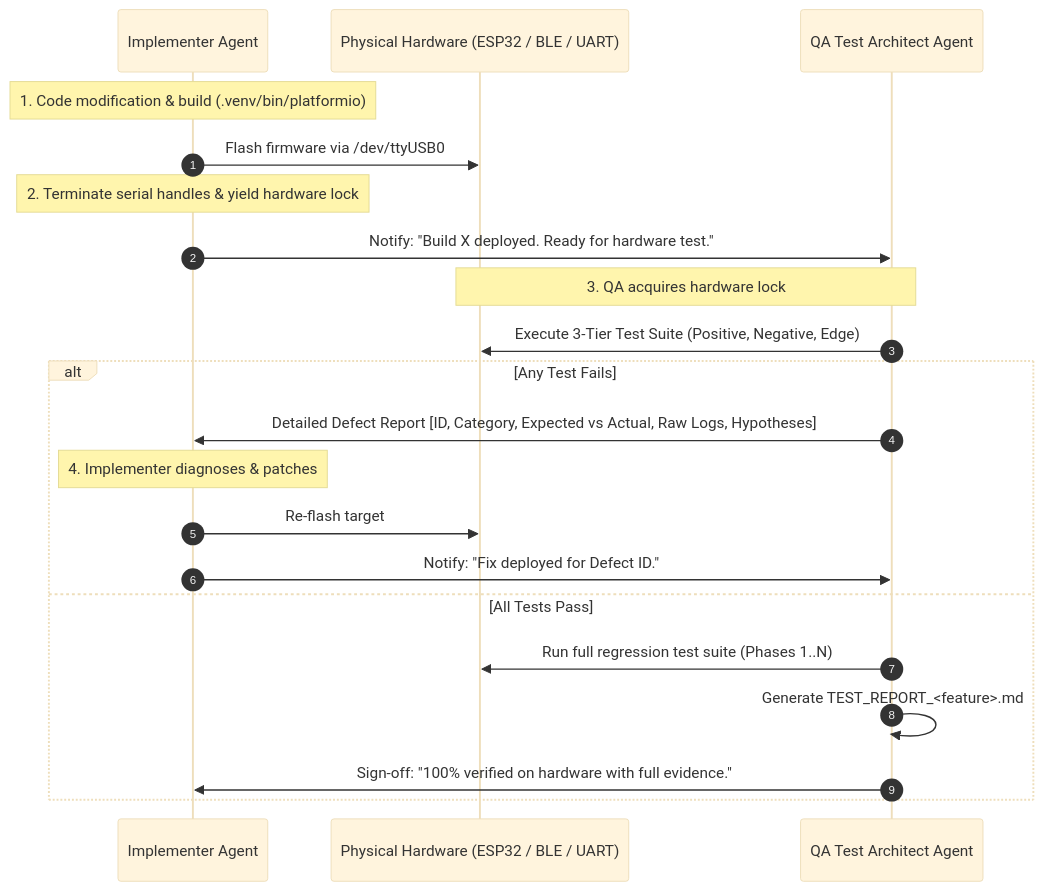
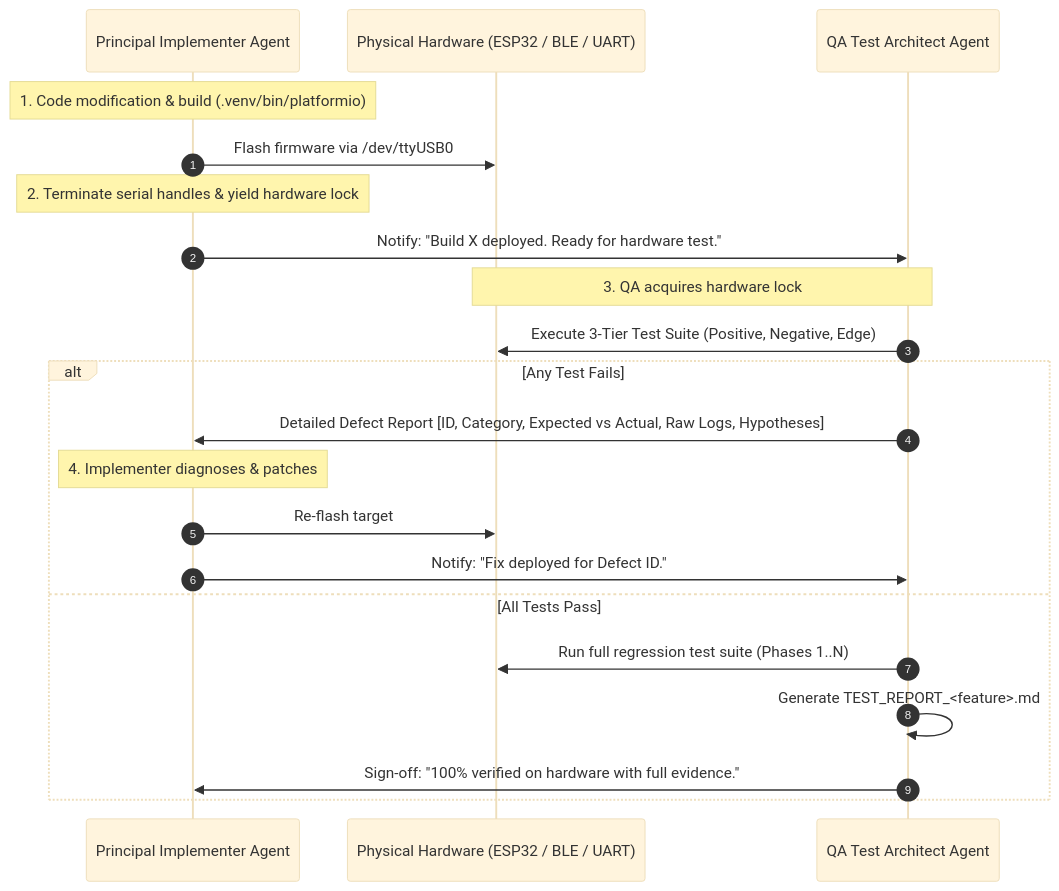
The diagram in .agent/skills/vci-tdd-team/SKILL.md (aam2kor/obd_scanner), drawn with Mermaid (base theme) before and after one commit. The commit also changed other lines of this file, not shown here.

Commit message:
feat(tdd): enhance Implementer persona to Principal Embedded Firmware Architect

````diff
--- a/.agent/skills/vci-tdd-team/SKILL.md
+++ b/.agent/skills/vci-tdd-team/SKILL.md
@@ -79,24 +100,24 @@
 ```mermaid
 sequenceDiagram
     autonumber
-    participant I as Implementer Agent
+    participant I as Principal Implementer Agent
     participant HW as Physical Hardware (ESP32 / BLE / UART)
     participant Q as QA Test Architect Agent
 
     Note over I: 1. Code modification & build (.venv/bin/platformio)
     I->>HW: Flash firmware via /dev/ttyUSB0
     Note over I: 2. Terminate serial handles & yield hardware lock
     I->>Q: Notify: "Build X deployed. Ready for hardware test."
     Note over Q,HW: 3. QA acquires hardware lock
     Q->>HW: Execute 3-Tier Test Suite (Positive, Negative, Edge)
     alt Any Test Fails
         Q->>I: Detailed Defect Report [ID, Category, Expected vs Actual, Raw Logs, Hypotheses]
         Note over I: 4. Implementer diagnoses & patches
         I->>HW: Re-flash target
         I->>Q: Notify: "Fix deployed for Defect ID."
     else All Tests Pass
         Q->>HW: Run full regression test suite (Phases 1..N)
         Q->>Q: Generate TEST_REPORT_<feature>.md
         Q->>I: Sign-off: "100% verified on hardware with full evidence."
     end
 ```
````
